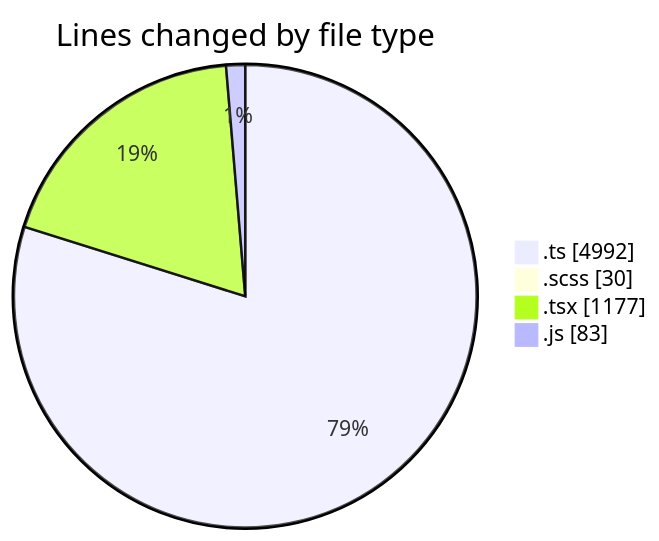
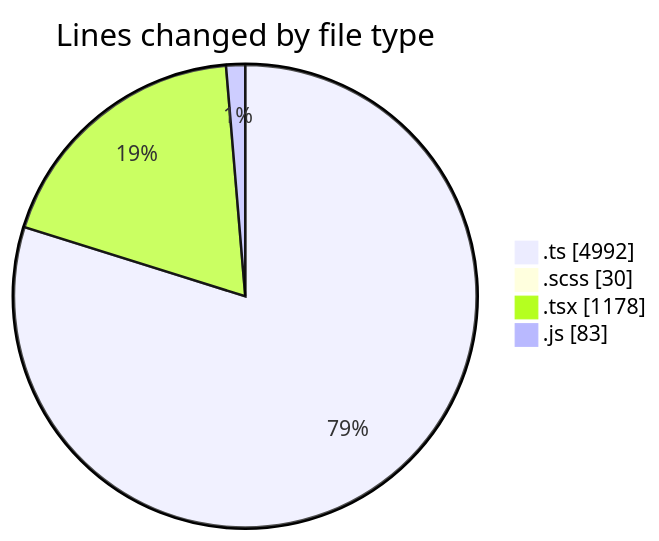
One commit to momahboobian/code-tracking changed the first of 2 diagrams in 2025-09-12/cda/README.md. Above: the diagram before and after it, drawn with Mermaid. The commit also changed other lines of this file and 1 other file, not shown here.

````diff
--- a/2025-09-12/cda/README.md
+++ b/2025-09-12/cda/README.md
@@ -31,8 +31,8 @@
 ```mermaid
 pie showData
 title Lines changed by file type
 ".ts" : 4992
 ".scss" : 30
-".tsx" : 1177
+".tsx" : 1178
 ".js" : 83
 ```
````
